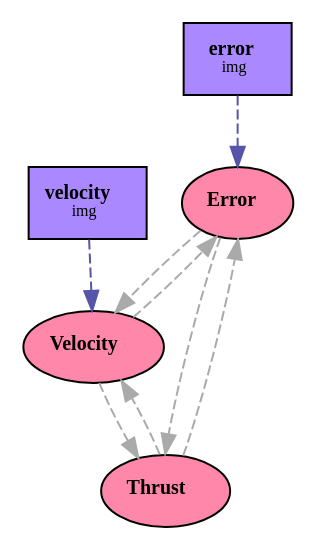
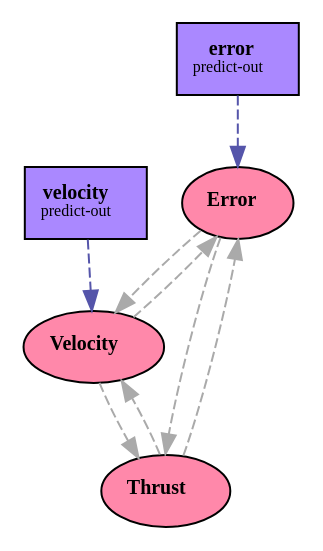
The diagram in predict.dot (Ekeichi/rocket), drawn with Graphviz before and after one commit. The commit also changed 76 other files, not shown here.

```diff
--- a/predict.dot
+++ b/predict.dot
@@ -1,18 +1,18 @@
 digraph All {
 
       m0000 [label=<<font point-size="10"><b>Error</b></font>>, shape=ellipse, shape=ellipse, fillcolor="#ff88aa", style="filled"]
       m0001 [label=<<font point-size="10"><b>Velocity</b></font>>, shape=ellipse, shape=ellipse, fillcolor="#ff88aa", style="filled"]
       m0002 [label=<<font point-size="10"><b>Thrust</b></font>>, shape=ellipse, shape=ellipse, fillcolor="#ff88aa", style="filled"]
-      v0003 [label=<<font point-size="10"><b>error</b></font><br/><font point-size="8">img</font>>, shape=box, shape=box, fillcolor="#aa88ff", style="filled"]
-      v0004 [label=<<font point-size="10"><b>velocity</b></font><br/><font point-size="8">img</font>>, shape=box, shape=box, fillcolor="#aa88ff", style="filled"]
+      v0003 [label=<<font point-size="10"><b>error</b></font><br/><font point-size="8">predict-out</font>>, shape=box, shape=box, fillcolor="#aa88ff", style="filled"]
+      v0004 [label=<<font point-size="10"><b>velocity</b></font><br/><font point-size="8">predict-out</font>>, shape=box, shape=box, fillcolor="#aa88ff", style="filled"]
 
   m0000 -> m0001 [color="#aaaaaa", style=dashed]
   m0000 -> m0002 [color="#aaaaaa", style=dashed]
   m0001 -> m0000 [color="#aaaaaa", style=dashed]
   m0001 -> m0002 [color="#aaaaaa", style=dashed]
   m0002 -> m0000 [color="#aaaaaa", style=dashed]
   m0002 -> m0001 [color="#aaaaaa", style=dashed]
   v0003 -> m0000 [color="#5555aa", style=dashed]
   v0004 -> m0001 [color="#5555aa", style=dashed]
 
 }
```
